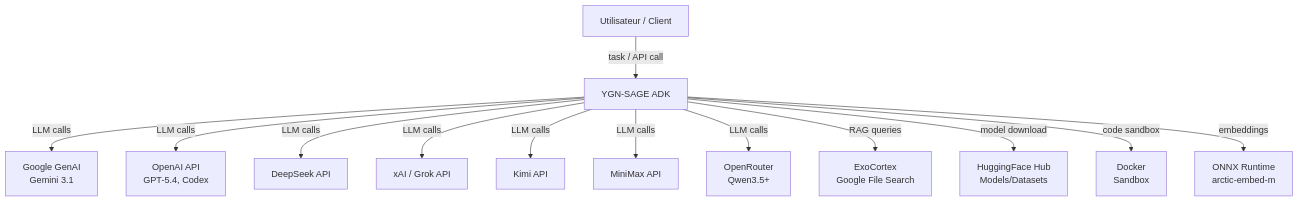
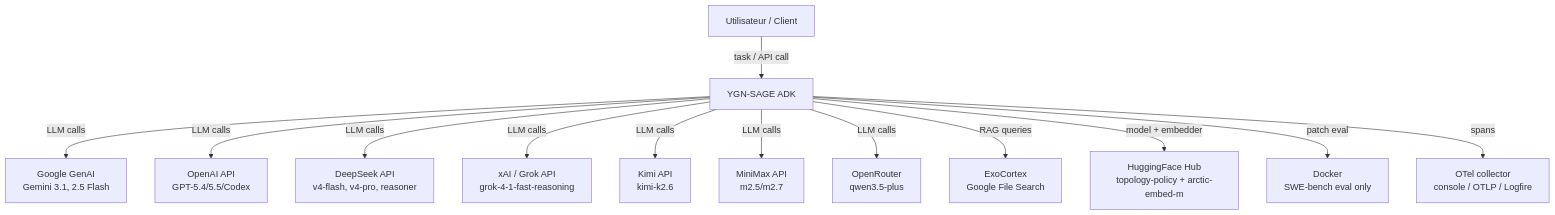
Before and after one commit to yannabadie/YGN-SAGE: the first of 2 diagrams in AI-ARCHITECTURE.md, drawn with Mermaid. The commit also changed other lines of this file, not shown here.

````diff
--- a/AI-ARCHITECTURE.md
+++ b/AI-ARCHITECTURE.md
@@ -90,29 +107,29 @@
 ```mermaid
 graph TB
     USER[Utilisateur / Client]
     SAGE[YGN-SAGE ADK]
-    GOOGLE[Google GenAI<br/>Gemini 3.1]
-    OPENAI[OpenAI API<br/>GPT-5.4, Codex]
-    DEEPSEEK[DeepSeek API]
-    XAI[xAI / Grok API]
-    KIMI[Kimi API]
-    MINIMAX[MiniMax API]
-    OPENROUTER[OpenRouter<br/>Qwen3.5+]
+    GOOGLE[Google GenAI<br/>Gemini 3.1, 2.5 Flash]
+    OPENAI[OpenAI API<br/>GPT-5.4/5.5/Codex]
+    DEEPSEEK[DeepSeek API<br/>v4-flash, v4-pro, reasoner]
+    XAI[xAI / Grok API<br/>grok-4-1-fast-reasoning]
+    KIMI[Kimi API<br/>kimi-k2.6]
+    MINIMAX[MiniMax API<br/>m2.5/m2.7]
+    OPENROUTER[OpenRouter<br/>qwen3.5-plus]
     EXOCORTEX[ExoCortex<br/>Google File Search]
-    HF[HuggingFace Hub<br/>Models/Datasets]
-    DOCKER[Docker<br/>Sandbox]
-    ONNX[ONNX Runtime<br/>arctic-embed-m]
+    HF[HuggingFace Hub<br/>topology-policy + arctic-embed-m]
+    DOCKER[Docker<br/>SWE-bench eval only]
+    OTEL[OTel collector<br/>console / OTLP / Logfire]
 
     USER -->|task / API call| SAGE
     SAGE -->|LLM calls| GOOGLE
     SAGE -->|LLM calls| OPENAI
     SAGE -->|LLM calls| DEEPSEEK
     SAGE -->|LLM calls| XAI
     SAGE -->|LLM calls| KIMI
     SAGE -->|LLM calls| MINIMAX
     SAGE -->|LLM calls| OPENROUTER
     SAGE -->|RAG queries| EXOCORTEX
-    SAGE -->|model download| HF
-    SAGE -->|code sandbox| DOCKER
-    SAGE -->|embeddings| ONNX
+    SAGE -->|model + embedder| HF
+    SAGE -->|patch eval| DOCKER
+    SAGE -->|spans| OTEL
 ```
````
